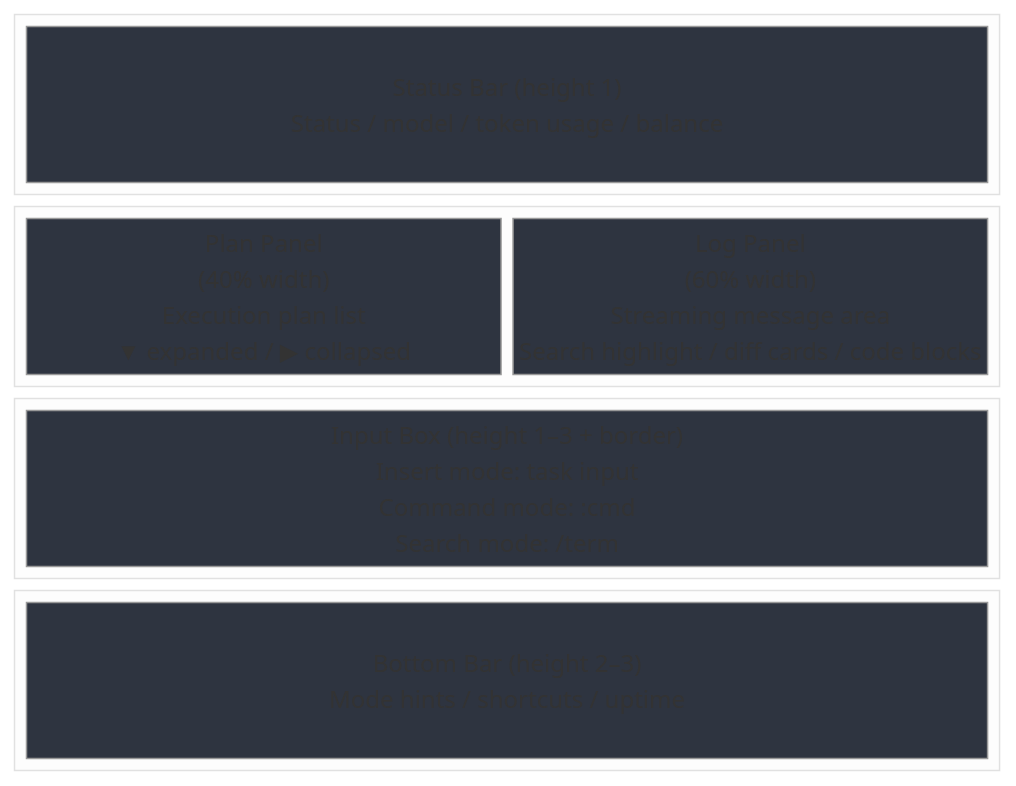
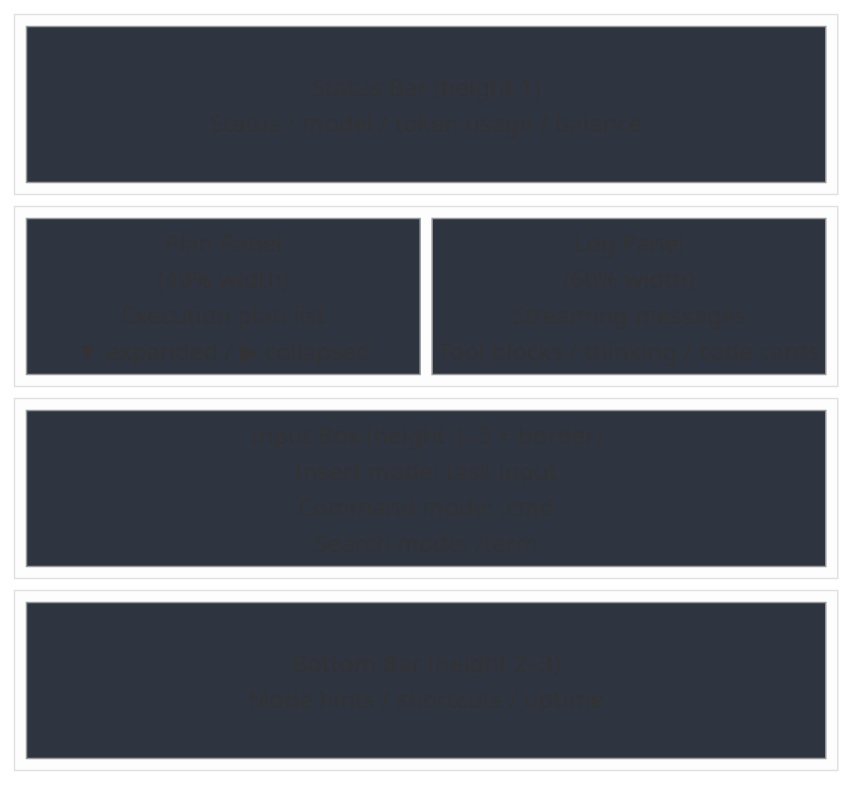
Before and after one commit to rust-infra/tact: the sixth of 10 diagrams in ARCHITECTURE.md, drawn with Mermaid (neutral theme). The commit also changed other lines of this file and 10 other files, not shown here.

````diff
--- a/ARCHITECTURE.md
+++ b/ARCHITECTURE.md
@@ -347,29 +380,29 @@
 ```mermaid
 block-beta
     columns 1
     space
     block:status
         columns 1
         status_bar["Status Bar (height 1)<br/>Status / model / token usage / balance"]
     end
     block:main
         columns 2
         plan["Plan Panel<br/>(40% width)<br/>Execution plan list<br/>▼ expanded / ▶ collapsed"]
-        log["Log Panel<br/>(60% width)<br/>Streaming message area<br/>Search highlight / diff cards / code blocks"]
+        log["Log Panel<br/>(60% width)<br/>Streaming messages<br/>Tool blocks / thinking / code cards"]
     end
     block:input
         columns 1
         input_box["Input Box (height 1–3 + border)<br/>Insert mode: task input<br/>Command mode: :cmd<br/>Search mode: /term"]
     end
     block:bottom
         columns 1
         bottom_bar["Bottom Bar (height 2–3)<br/>Mode hints / shortcuts / uptime"]
     end
     space
 
     style status_bar fill:#2e3440,color:#eceff4
     style plan fill:#2e3440,color:#eceff4
     style log fill:#2e3440,color:#eceff4
     style input_box fill:#2e3440,color:#eceff4
     style bottom_bar fill:#2e3440,color:#eceff4
 ```
````
